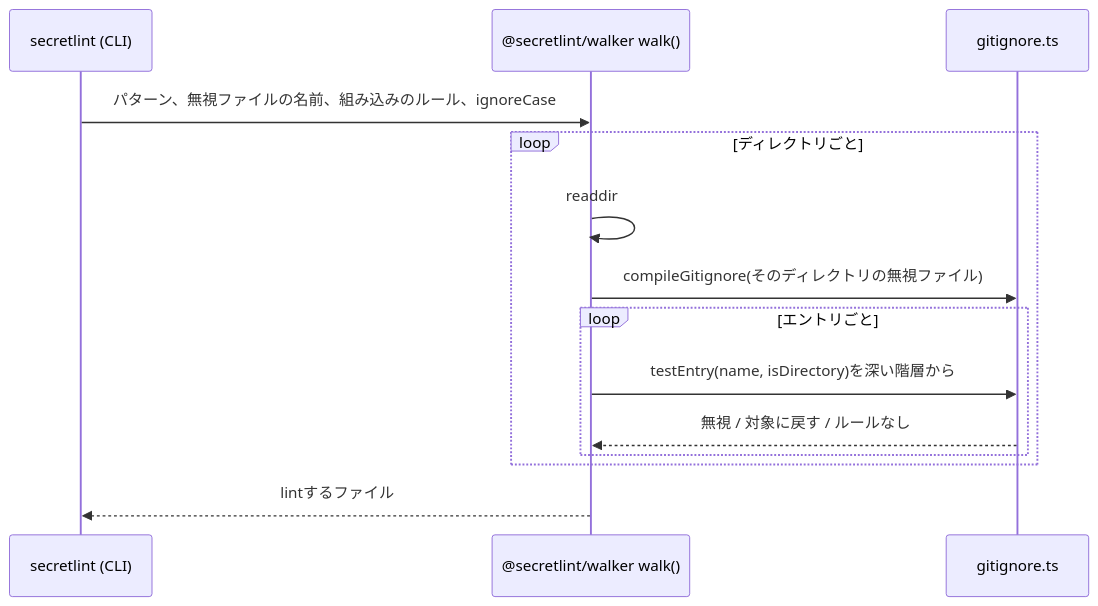
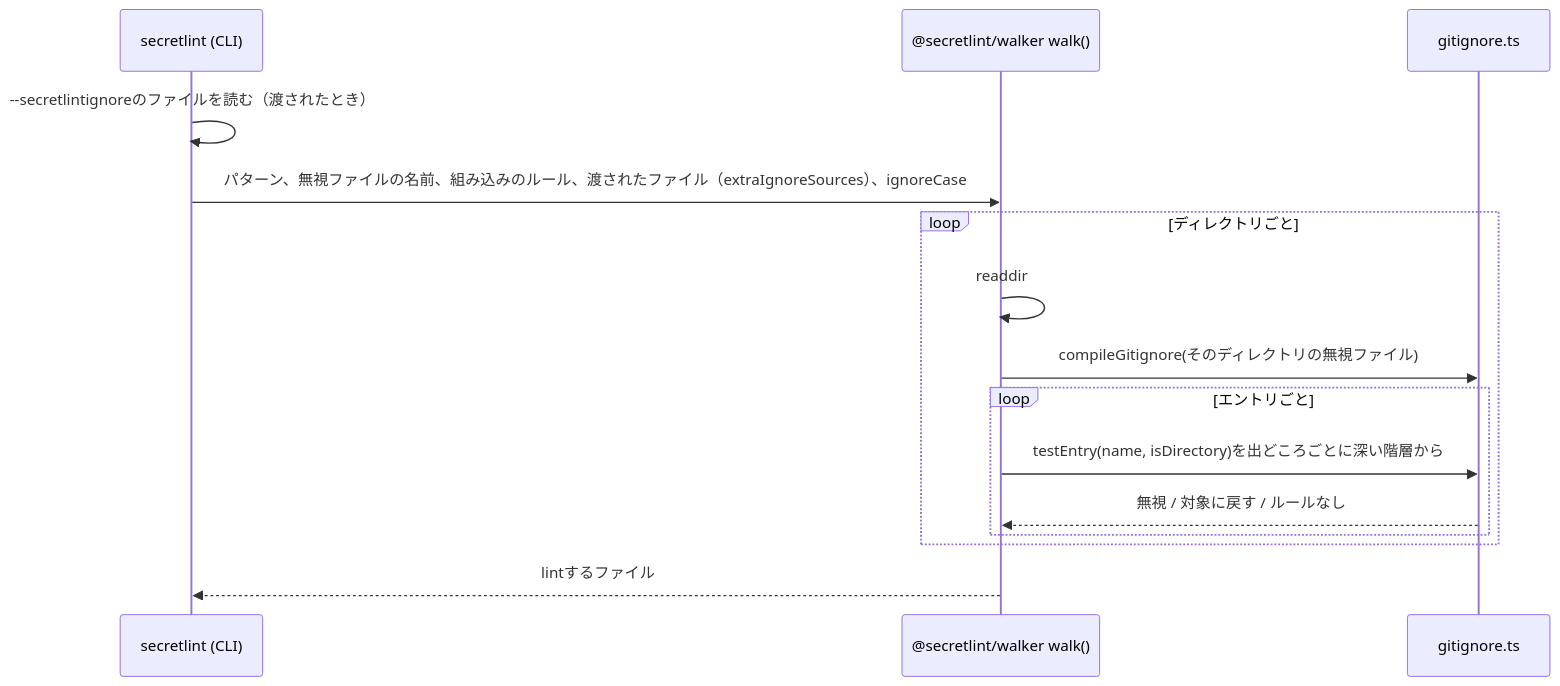
The diagram in docs/products/secretlint/features/file-selection/design.ja.md (secretlint/secretlint), drawn with Mermaid before and after one commit. The commit also changed other lines of this file and 13 other files, not shown here.

````diff
--- a/docs/products/secretlint/features/file-selection/design.ja.md
+++ b/docs/products/secretlint/features/file-selection/design.ja.md
@@ -70,16 +81,17 @@
 ```mermaid
 sequenceDiagram
     participant CLI as secretlint (CLI)
     participant Walker as @secretlint/walker walk()
     participant Matcher as gitignore.ts
-    CLI->>Walker: パターン、無視ファイルの名前、組み込みのルール、ignoreCase
+    CLI->>CLI: --secretlintignoreのファイルを読む（渡されたとき）
+    CLI->>Walker: パターン、無視ファイルの名前、組み込みのルール、渡されたファイル（extraIgnoreSources）、ignoreCase
     loop ディレクトリごと
         Walker->>Walker: readdir
         Walker->>Matcher: compileGitignore(そのディレクトリの無視ファイル)
         loop エントリごと
-            Walker->>Matcher: testEntry(name, isDirectory)を深い階層から
+            Walker->>Matcher: testEntry(name, isDirectory)を出どころごとに深い階層から
             Matcher-->>Walker: 無視 / 対象に戻す / ルールなし
         end
     end
     Walker-->>CLI: lintするファイル
 ```
````
